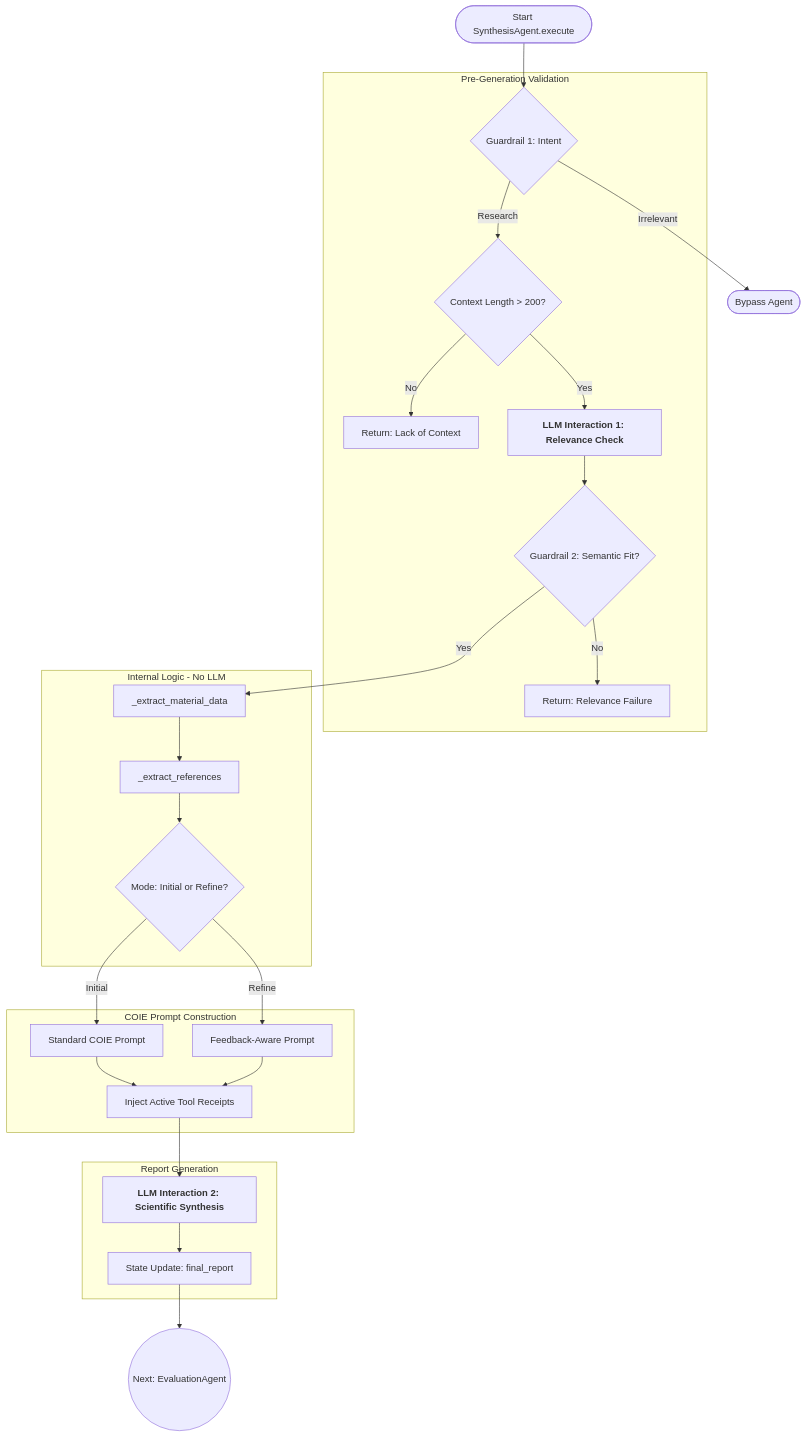
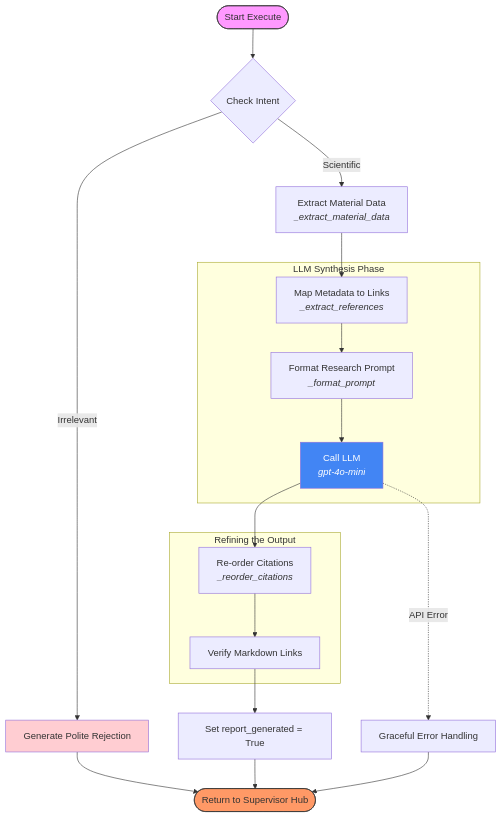
Diagram 17 of 19 in README.md (abhisakh/ResearchLLM_MultiAgent_LangGraph_RagGraph), drawn with Mermaid before and after one commit. The commit also changed other lines of this file, not shown here.

````diff
--- a/README.md
+++ b/README.md
@@ -2322,32 +2322,35 @@
 ```mermaid
 graph TD
-    Start([Start SynthesisAgent.execute]) --> G1{Guardrail 1: Intent}
+    Start([Start Execute]) --> Guard{Check Intent}
+    
+    %% Intent Branch
+    Guard -->|Irrelevant| Reject[Generate Polite Rejection]
+    Reject --> Hub([Return to Supervisor Hub])
 
-    subgraph Validation_Layer [Pre-Generation Validation]
-    G1 -- Research --> ContextCheck{Context Length > 200?}
-    ContextCheck -- No --> LackData[Return: Lack of Context]
-    ContextCheck -- Yes --> LLM1[<b>LLM Interaction 1: Relevance Check</b>]
-    LLM1 --> G2{Guardrail 2: Semantic Fit?}
-    G2 -- No --> FailRel[Return: Relevance Failure]
+    %% Main Path
+    Guard -->|Scientific| ExtractMat[Extract Material Data <br/><i>_extract_material_data</i>]
+    ExtractMat --> MapRefs[Map Metadata to Links <br/><i>_extract_references</i>]
+    
+    subgraph PromptConstruction [LLM Synthesis Phase]
+        MapRefs --> BuildPrompt[Format Research Prompt <br/><i>_format_prompt</i>]
+        BuildPrompt --> LLM[Call LLM <br/><i>gpt-4o-mini</i>]
     end
 
-    subgraph Processing_Layer [Internal Logic - No LLM]
-    G2 -- Yes --> ExtractMat[_extract_material_data]
-    ExtractMat --> ExtractRefs[_extract_references]
-    ExtractRefs --> ModeSwitch{Mode: Initial or Refine?}
+    subgraph PostProcessing [Refining the Output]
+        LLM --> Reindex[Re-order Citations <br/><i>_reorder_citations</i>]
+        Reindex --> LinkVerify[Verify Markdown Links]
     end
 
-    subgraph Prompt_Layer [COIE Prompt Construction]
-    ModeSwitch -- Initial --> PromptA[Standard COIE Prompt]
-    ModeSwitch -- Refine --> PromptB[Feedback-Aware Prompt]
-    PromptA & PromptB --> Methodology[Inject Active Tool Receipts]
-    end
+    LinkVerify --> Success[Set report_generated = True]
+    Success --> Hub
+    
+    %% Error Handling
+    LLM -.->|API Error| Err[Graceful Error Handling]
+    Err --> Hub
 
-    subgraph Synthesis_Layer [Report Generation]
-    Methodology --> LLM2[<b>LLM Interaction 2: Scientific Synthesis</b>]
-    LLM2 --> Finalize[State Update: final_report]
-    end
-
-    Finalize --> Next((Next: EvaluationAgent))
-    G1 -- Irrelevant --> Exit([Bypass Agent])
+    %% Styling
+    style Start fill:#f9f,stroke:#333
+    style Hub fill:#f96,stroke:#333
+    style LLM fill:#4285F4,color:#fff
+    style Reject fill:#ffcdd2
 ```
````
